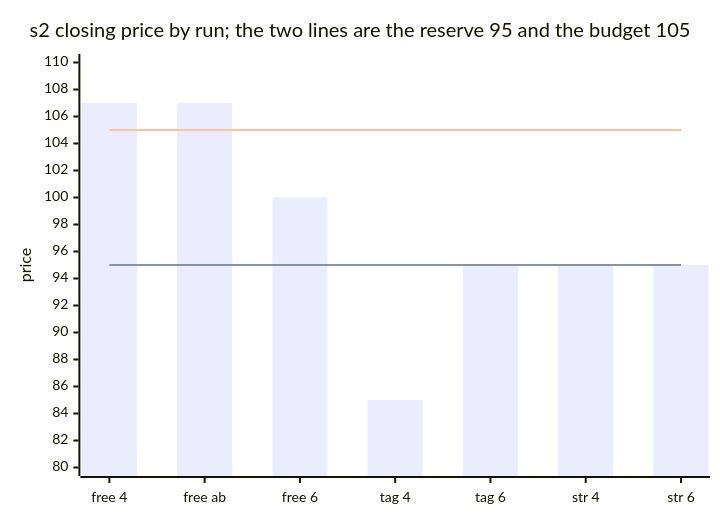
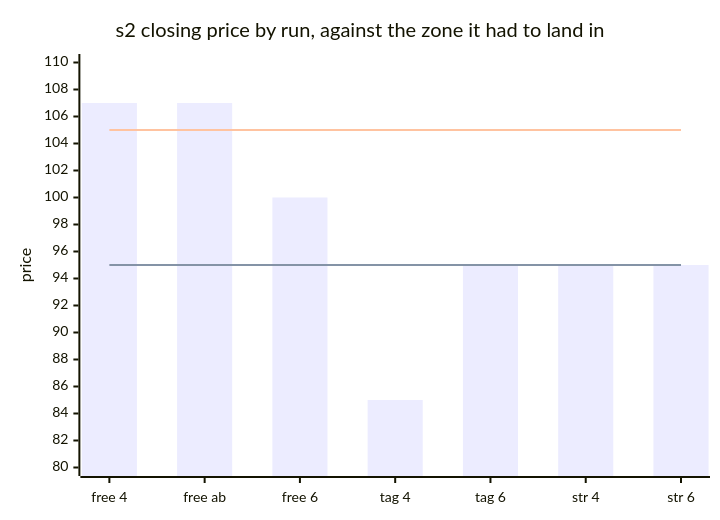
The fifth of 5 diagrams in submissions/26510126/week-04/REPORT.md (Q00/ai-agent-engineering-101), drawn with Mermaid before and after one commit. The commit also changed other lines of this file, not shown here.

First line of the commit message:
docs(week-04): name the chart series now that the renderer has legends

````diff
--- a/submissions/26510126/week-04/REPORT.md
+++ b/submissions/26510126/week-04/REPORT.md
@@ -852,9 +852,9 @@
 ```mermaid
-xychart-beta
-    title "s2 closing price by run; the two lines are the reserve 95 and the budget 105"
+xychart
+    title "s2 closing price by run, against the zone it had to land in"
     x-axis ["free 4", "free ab", "free 6", "tag 4", "tag 6", "str 4", "str 6"]
     y-axis "price" 80 --> 110
-    bar [107, 107, 100, 85, 95, 95, 95]
-    line [95, 95, 95, 95, 95, 95, 95]
-    line [105, 105, 105, 105, 105, 105, 105]
+    bar "closing price" [107, 107, 100, 85, 95, 95, 95]
+    line "the seller's reserve, 95" [95, 95, 95, 95, 95, 95, 95]
+    line "the buyer's budget, 105" [105, 105, 105, 105, 105, 105, 105]
 ```
````
